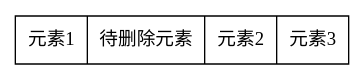
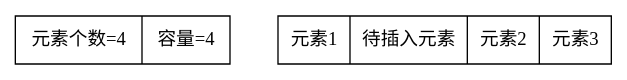
The ninth of 31 diagrams in src/第一章-线性结构.md (xavierwoo/data_structrues_notes), drawn with Graphviz before and after one commit. The commit also changed other lines of this file and 1 other file, not shown here.

````diff
--- a/src/第一章-线性结构.md
+++ b/src/第一章-线性结构.md
@@ -108,6 +265,10 @@
 ```dot
 digraph G{
+    rankdir=LR
     node [shape = record]
-    A [label = "元素1|待删除元素|元素2|元素3"];
+    H[label="{元素个数=4 | 容量=4}"]
+    A [label = "{元素1|待插入元素|元素2|元素3  }"];
+
+    H -> A[weight=10 style=invis]
 }
 ```
````
